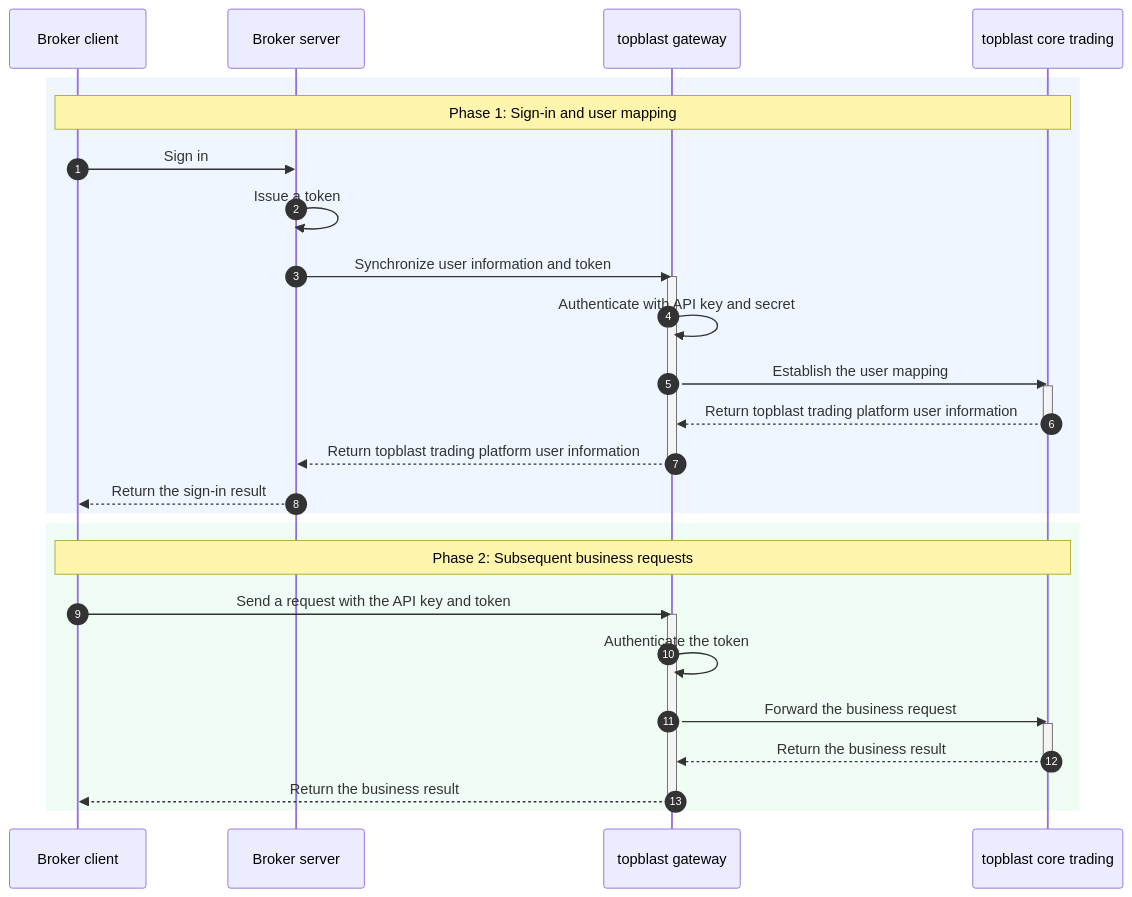
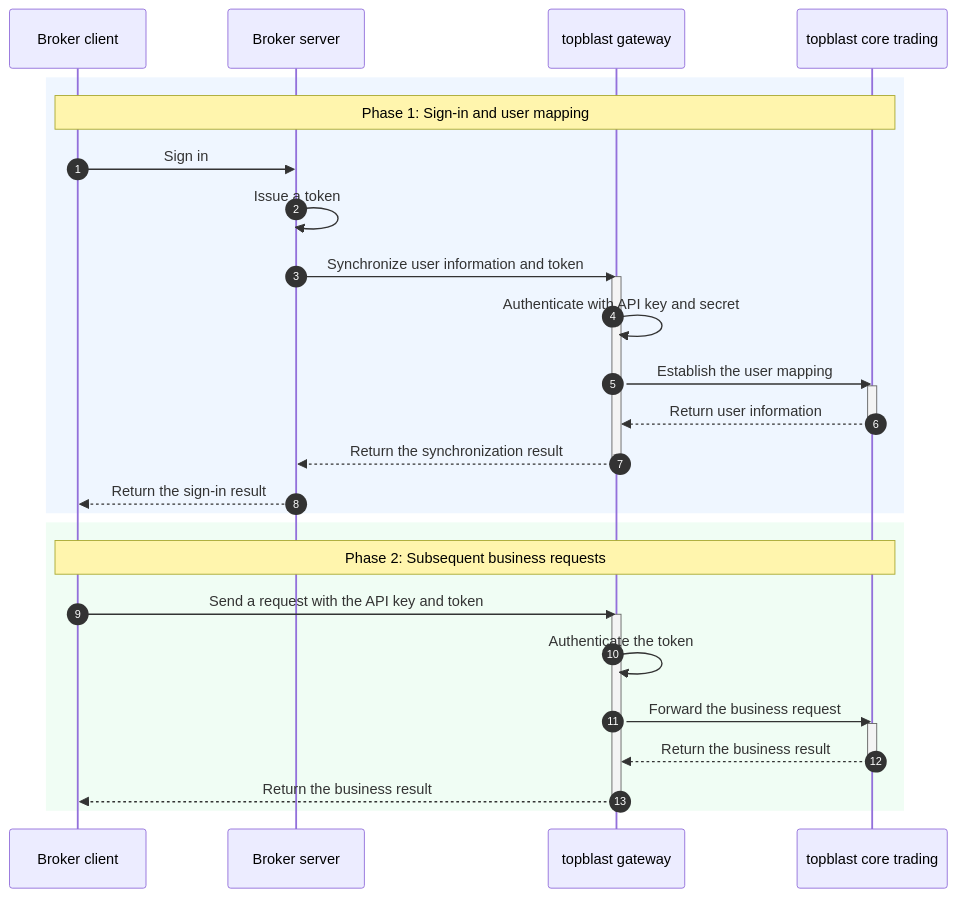
One commit to topblast-trade/docs changed the diagram in en/broker/guide/introduction.mdx. Above: the diagram before and after it, drawn with Mermaid. The commit also changed other lines of this file and 22 other files, not shown here.

````diff
--- a/en/broker/guide/introduction.mdx
+++ b/en/broker/guide/introduction.mdx
@@ -46,40 +48,40 @@
 ```mermaid
 sequenceDiagram
     autonumber
 
     participant BrokerClient as Broker client
     participant BrokerServer as Broker server
     participant Gateway as topblast gateway
     participant Core as topblast core trading
 
     rect rgb(239, 246, 255)
         Note over BrokerClient,Core: Phase 1: Sign-in and user mapping
 
         BrokerClient->>BrokerServer: Sign in
         BrokerServer->>BrokerServer: Issue a token
         BrokerServer->>Gateway: Synchronize user information and token
         activate Gateway
         Gateway->>Gateway: Authenticate with API key and secret
         Gateway->>Core: Establish the user mapping
         activate Core
-        Core-->>Gateway: Return topblast trading platform user information
+        Core-->>Gateway: Return user information
         deactivate Core
-        Gateway-->>BrokerServer: Return topblast trading platform user information
+        Gateway-->>BrokerServer: Return the synchronization result
         deactivate Gateway
         BrokerServer-->>BrokerClient: Return the sign-in result
     end
 
     rect rgb(240, 253, 244)
         Note over BrokerClient,Core: Phase 2: Subsequent business requests
 
         BrokerClient->>Gateway: Send a request with the API key and token
         activate Gateway
         Gateway->>Gateway: Authenticate the token
         Gateway->>Core: Forward the business request
         activate Core
         Core-->>Gateway: Return the business result
         deactivate Core
         Gateway-->>BrokerClient: Return the business result
         deactivate Gateway
     end
 ```
````
